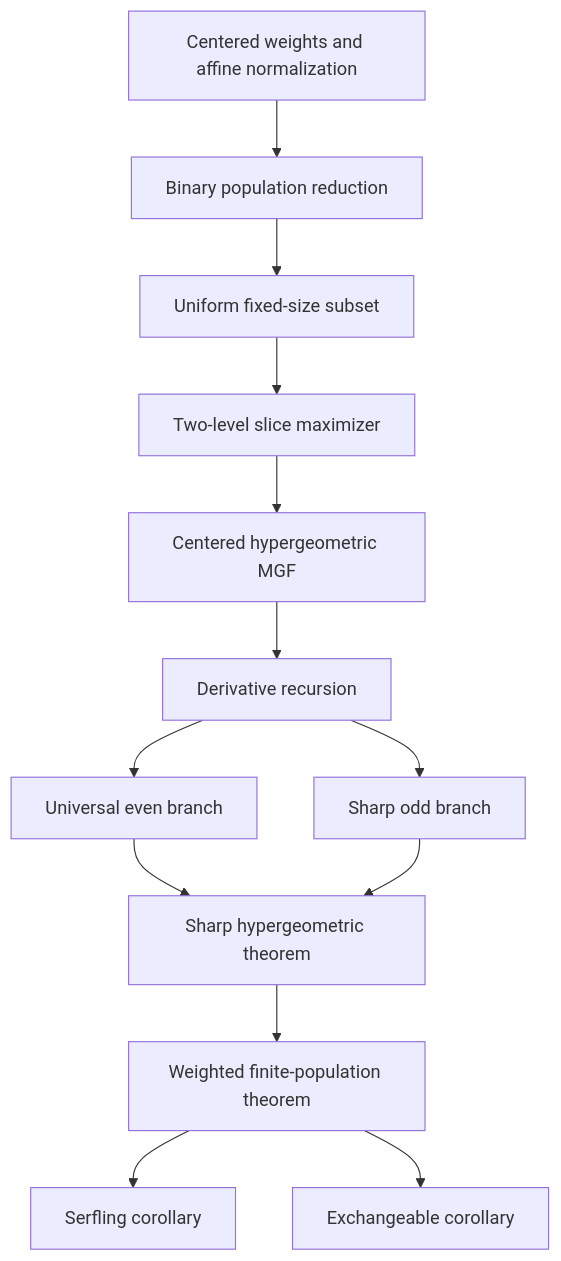
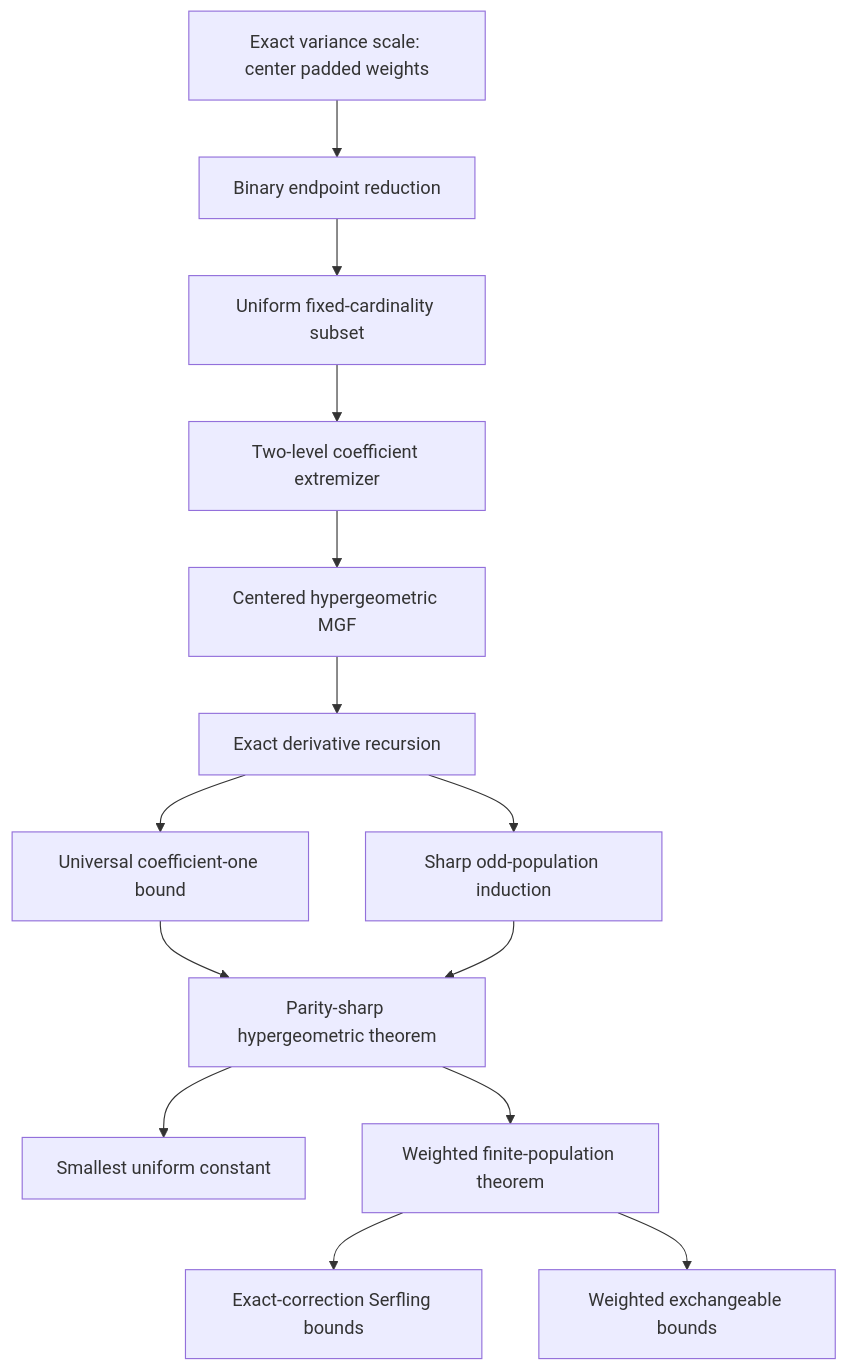
One commit to statchan1106/sharp-serfling-lean changed the diagram in README.md. Above: the diagram before and after it, drawn with Mermaid. The commit also changed other lines of this file and 9 other files, not shown here.

````diff
--- a/README.md
+++ b/README.md
@@ -75,15 +104,16 @@
 ```mermaid
 flowchart TD
-    A[Centered weights and affine normalization] --> B[Binary population reduction]
-    B --> C[Uniform fixed-size subset]
-    C --> D[Two-level slice maximizer]
+    A[Exact variance scale: center padded weights] --> B[Binary endpoint reduction]
+    B --> C[Uniform fixed-cardinality subset]
+    C --> D[Two-level coefficient extremizer]
     D --> E[Centered hypergeometric MGF]
-    E --> F[Derivative recursion]
-    F --> G1[Universal even branch]
-    F --> G2[Sharp odd branch]
-    G1 --> H[Sharp hypergeometric theorem]
-    G2 --> H
-    H --> I[Weighted finite-population theorem]
-    I --> J[Serfling corollary]
-    I --> K[Exchangeable corollary]
+    E --> F[Exact derivative recursion]
+    F --> G[Universal coefficient-one bound]
+    F --> H[Sharp odd-population induction]
+    G --> I[Parity-sharp hypergeometric theorem]
+    H --> I
+    I --> J[Smallest uniform constant]
+    I --> K[Weighted finite-population theorem]
+    K --> L[Exact-correction Serfling bounds]
+    K --> M[Weighted exchangeable bounds]
 ```
````
